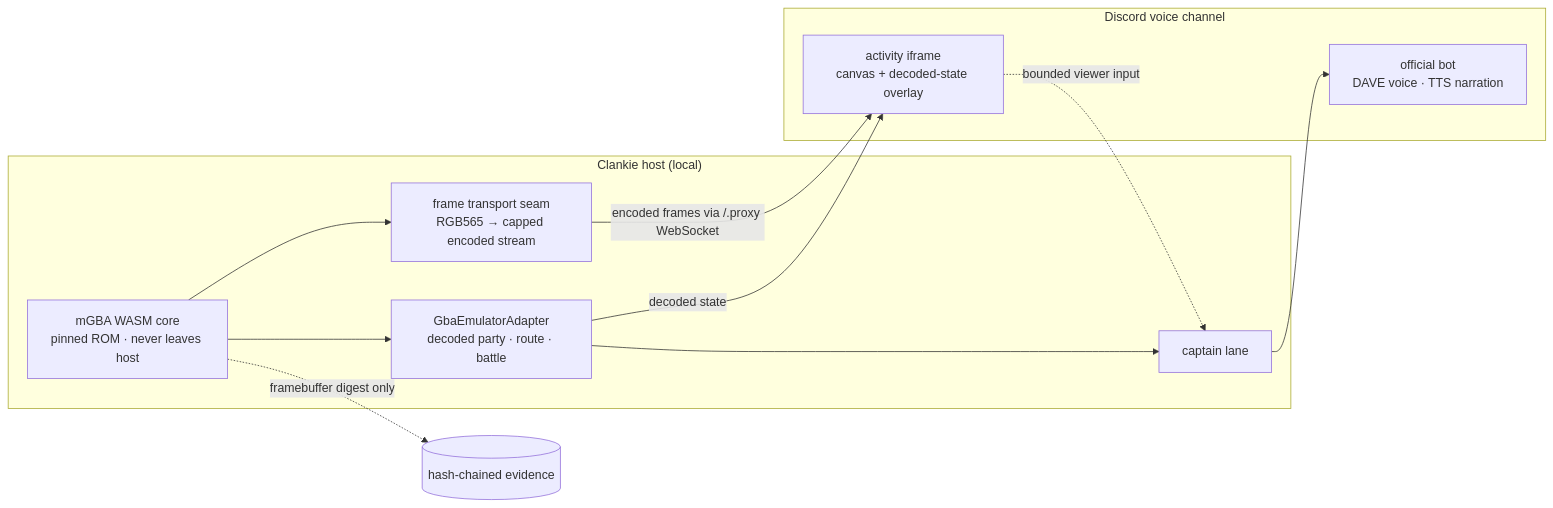
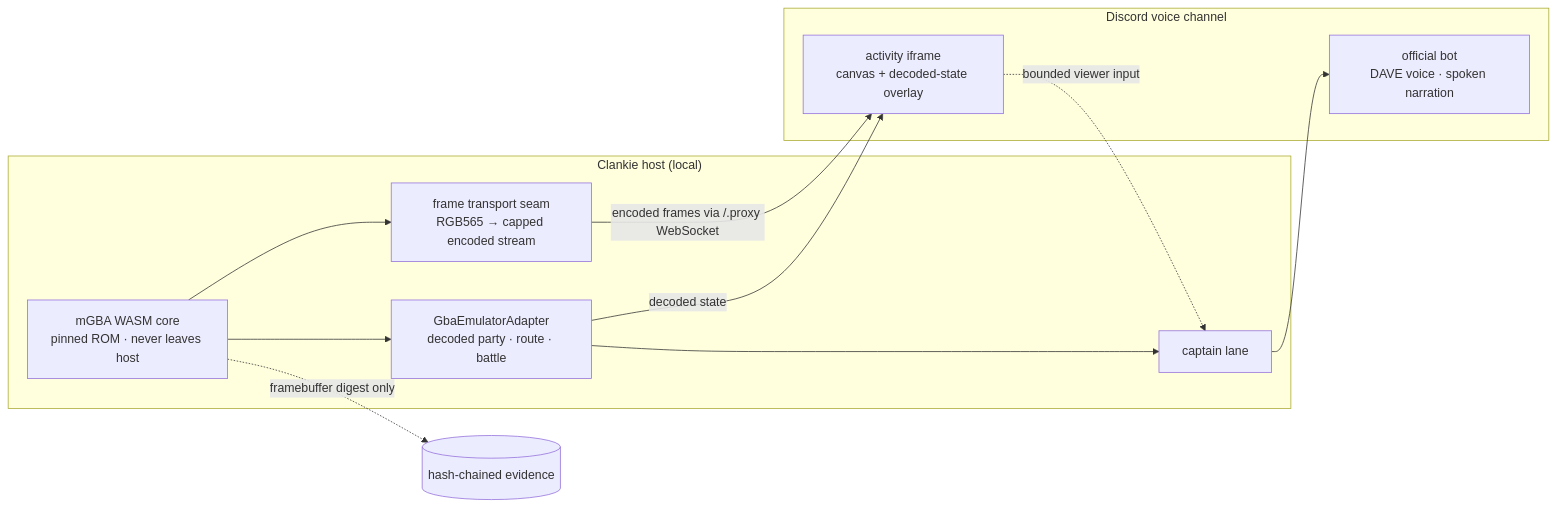
The diagram in docs/adr/0047-discord-activity-presence-plane.md (Volpestyle/clankie), drawn with Mermaid before and after one commit. The commit also changed 103 other files, not shown here.

````diff
--- a/docs/adr/0047-discord-activity-presence-plane.md
+++ b/docs/adr/0047-discord-activity-presence-plane.md
@@ -47,22 +47,22 @@
 ```mermaid
 flowchart LR
   subgraph host["Clankie host (local)"]
     core["mGBA WASM core<br/>pinned ROM · never leaves host"]
     adapter["GbaEmulatorAdapter<br/>decoded party · route · battle"]
     frames["frame transport seam<br/>RGB565 → capped encoded stream"]
     cap["captain lane"]
     core --> adapter --> cap
     core --> frames
   end
 
   subgraph discord["Discord voice channel"]
-    bot["official bot<br/>DAVE voice · TTS narration"]
+    bot["official bot<br/>DAVE voice · spoken narration"]
     act["activity iframe<br/>canvas + decoded-state overlay"]
   end
 
   frames -->|"encoded frames via /.proxy WebSocket"| act
   adapter -->|"decoded state"| act
   cap --> bot
   act -.->|"bounded viewer input"| cap
   core -.->|"framebuffer digest only"| ev[("hash-chained evidence")]
 ```
````
